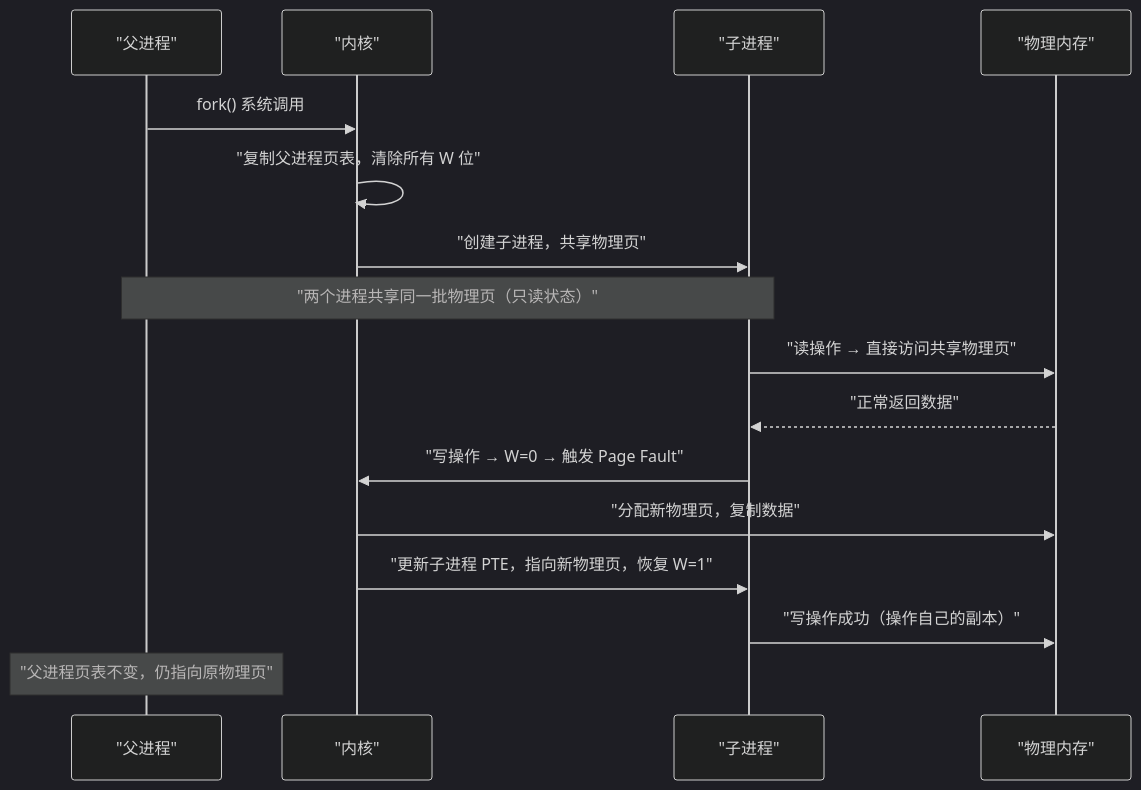
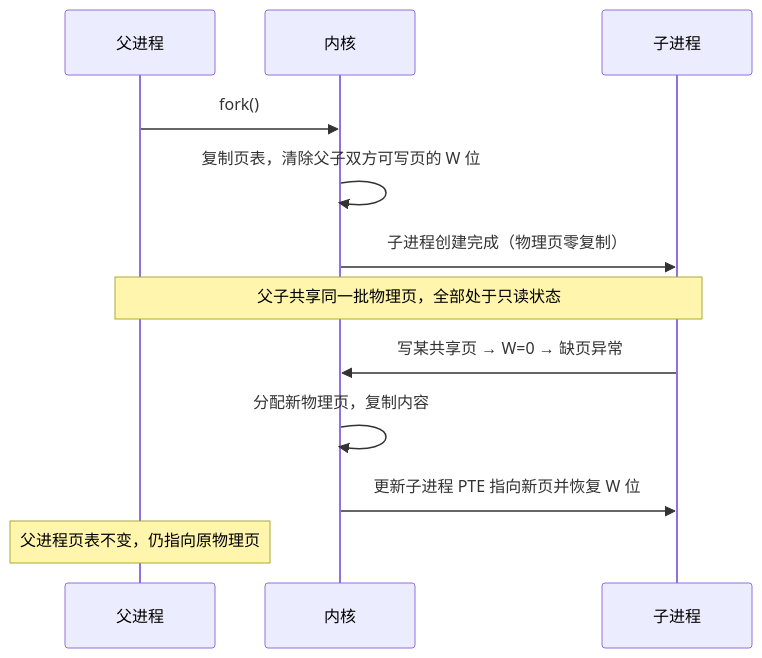
Before and after one commit to hpliStartAgain/my-brain: the third of 3 diagrams in content/Linux/内存管理/01 虚拟内存：为什么每个进程都以为自己独占内存.md, drawn with Mermaid. The commit also changed other lines of this file and 47 other files, not shown here.

````diff
--- a/content/Linux/内存管理/01 虚拟内存：为什么每个进程都以为自己独占内存.md
+++ b/content/Linux/内存管理/01 虚拟内存：为什么每个进程都以为自己独占内存.md
@@ -406,22 +351,17 @@
 ```mermaid
-%%{init: {'theme': 'dark', 'themeVariables': {'primaryColor': '#6272a4', 'primaryTextColor': '#f8f8f2', 'primaryBorderColor': '#bd93f9', 'lineColor': '#ff79c6', 'background': '#282a36'}}}%%
+%%{init: {'theme': 'dracula'}}%%
 sequenceDiagram
-    participant P as "父进程"
-    participant K as "内核"
-    participant C as "子进程"
-    participant M as "物理内存"
+    participant P as 父进程
+    participant K as 内核
+    participant C as 子进程
 
-    P->>K: fork() 系统调用
-    K->>K: "复制父进程页表，清除所有 W 位"
-    K->>C: "创建子进程，共享物理页"
-    Note over P,C: "两个进程共享同一批物理页（只读状态）"
+    P->>K: fork()
+    K->>K: 复制页表，清除父子双方可写页的 W 位
+    K->>C: 子进程创建完成（物理页零复制）
+    Note over P,C: 父子共享同一批物理页，全部处于只读状态
 
-    C->>M: "读操作 → 直接访问共享物理页"
-    M-->>C: "正常返回数据"
-
-    C->>K: "写操作 → W=0 → 触发 Page Fault"
-    K->>M: "分配新物理页，复制数据"
-    K->>C: "更新子进程 PTE，指向新物理页，恢复 W=1"
-    C->>M: "写操作成功（操作自己的副本）"
-    Note over P: "父进程页表不变，仍指向原物理页"
+    C->>K: 写某共享页 → W=0 → 缺页异常
+    K->>K: 分配新物理页，复制内容
+    K->>C: 更新子进程 PTE 指向新页并恢复 W 位
+    Note over P: 父进程页表不变，仍指向原物理页
 ```
````
